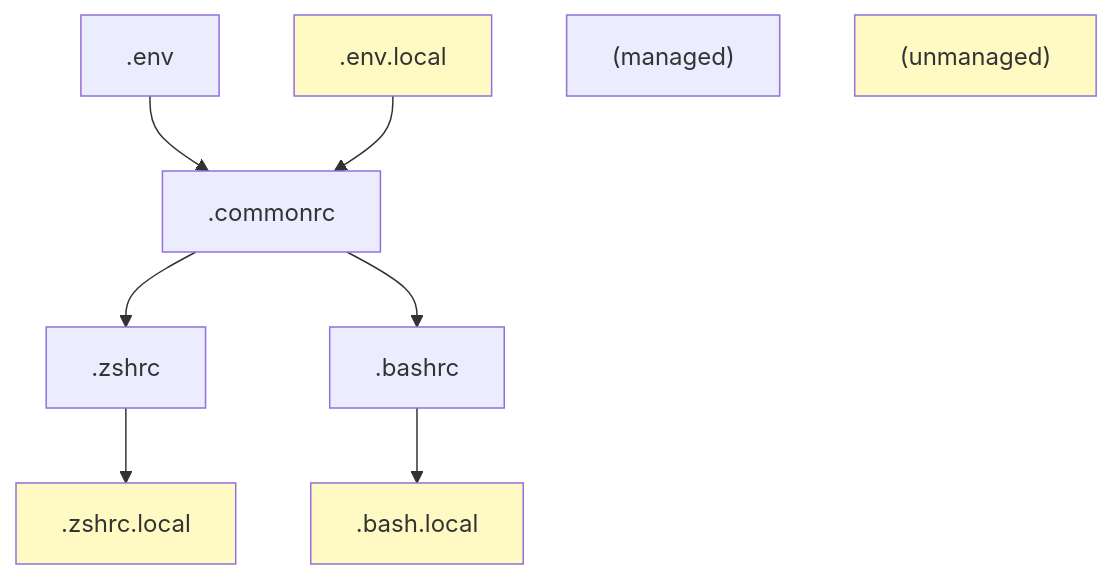
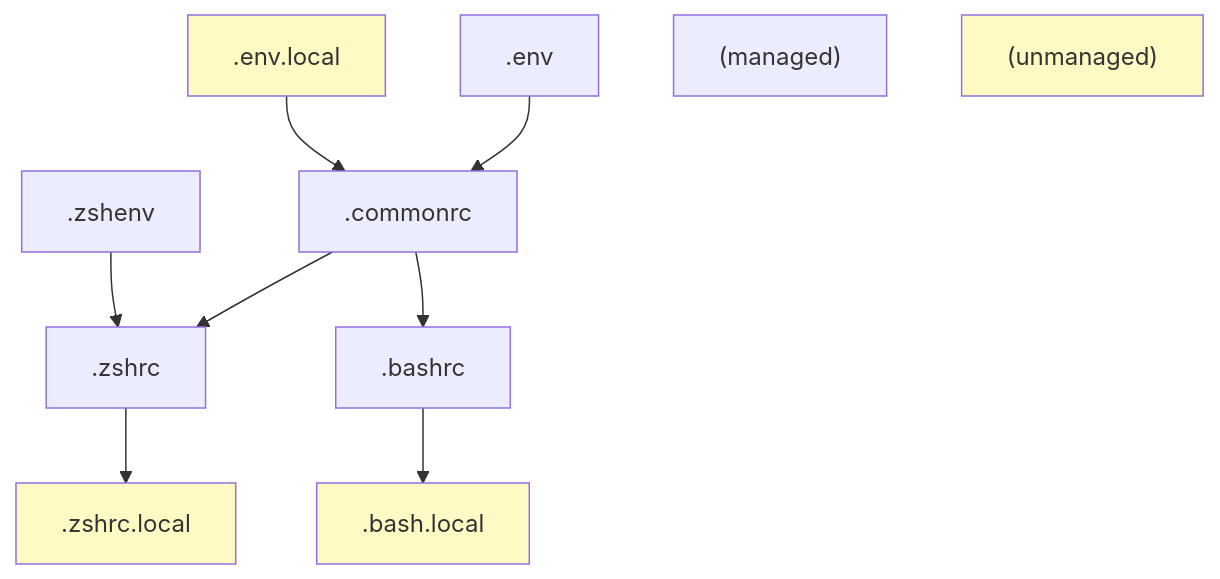
The diagram in README.md (alantian/dotfiles), drawn with Mermaid before and after one commit.

````diff
--- a/README.md
+++ b/README.md
@@ -13,15 +13,16 @@
 ```mermaid
 flowchart TD
     .env --> .commonrc
     .env.local --> .commonrc
     .commonrc --> .zshrc & .bashrc
+    .zshenv --> .zshrc
     .zshrc --> .zshrc.local
     .bashrc --> .bash.local
     managed["(managed)"]
     unmanaged["(unmanaged)"]
 
     style .env.local fill:#FFF9C4
     style .zshrc.local fill:#FFF9C4
     style .bash.local fill:#FFF9C4
     style unmanaged fill:#FFF9C4
 ```
````
